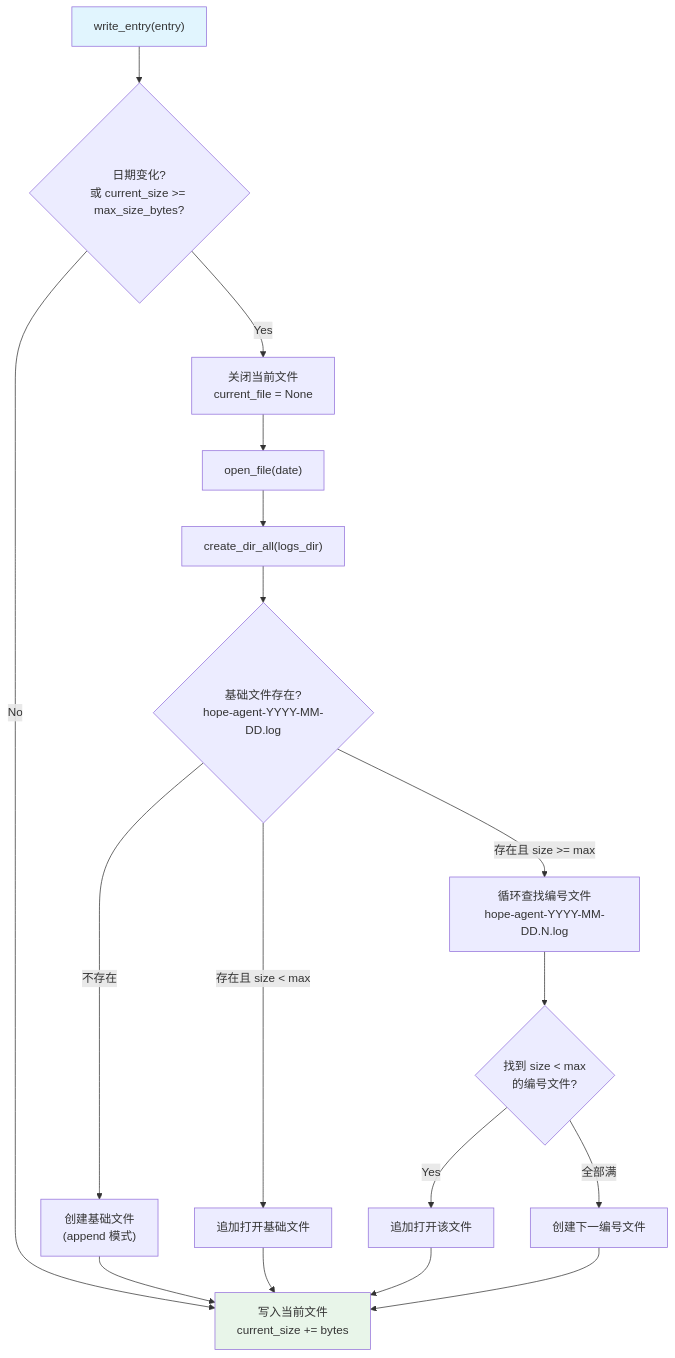
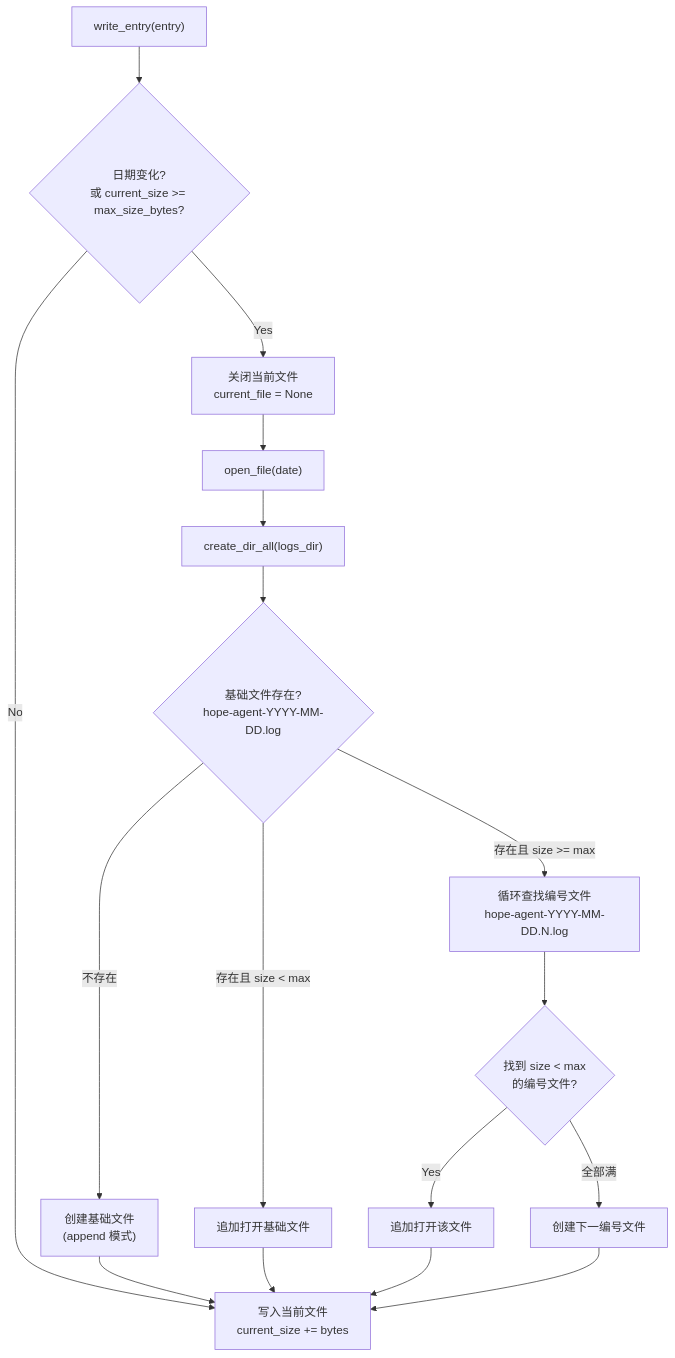
Before and after one commit to shiwenwen/hope-agent: the second of 2 diagrams in docs/architecture/logging.md, drawn with Mermaid. The commit also changed other lines of this file and 13 other files, not shown here.

First line of the commit message:
docs: 移除 mermaid 图表中的自定义背景色填充

````diff
--- a/docs/architecture/logging.md
+++ b/docs/architecture/logging.md
@@ -132,22 +128,20 @@
 ```mermaid
 flowchart TD
     A["write_entry(entry)"] --> B{"日期变化?\n或 current_size >= max_size_bytes?"}
     B -- No --> C["写入当前文件\ncurrent_size += bytes"]
     B -- Yes --> D["关闭当前文件\ncurrent_file = None"]
     D --> E["open_file(date)"]
     E --> F["create_dir_all(logs_dir)"]
     F --> G{"基础文件存在?\nhope-agent-YYYY-MM-DD.log"}
     G -- "不存在" --> H["创建基础文件\n(append 模式)"]
     G -- "存在且 size < max" --> I["追加打开基础文件"]
     G -- "存在且 size >= max" --> J["循环查找编号文件\nhope-agent-YYYY-MM-DD.N.log"]
     J --> K{"找到 size < max\n的编号文件?"}
     K -- Yes --> I2["追加打开该文件"]
     K -- "全部满" --> L["创建下一编号文件"]
     H --> C
     I --> C
     I2 --> C
     L --> C
 
-    style A fill:#e1f5fe
-    style C fill:#e8f5e9
 ```
````
